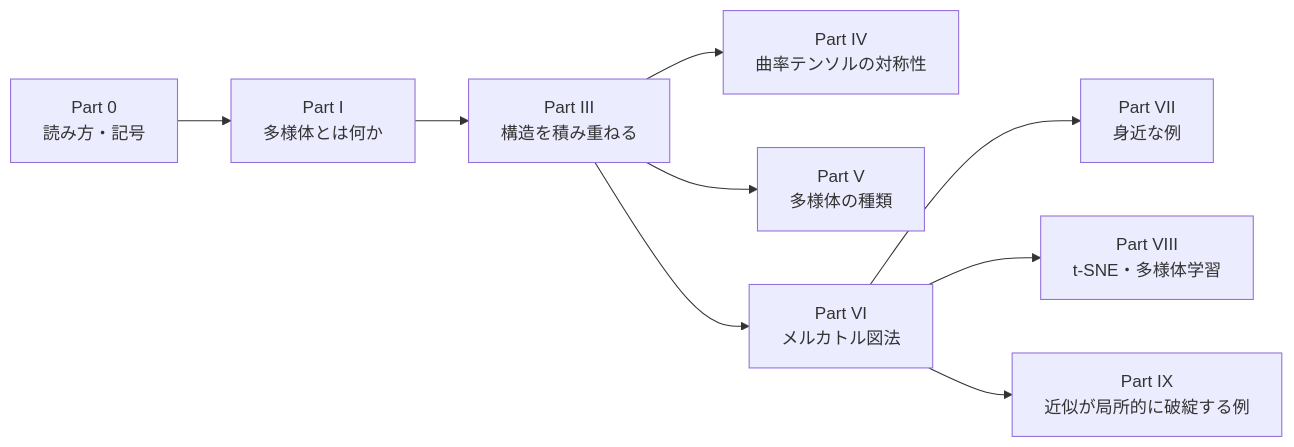
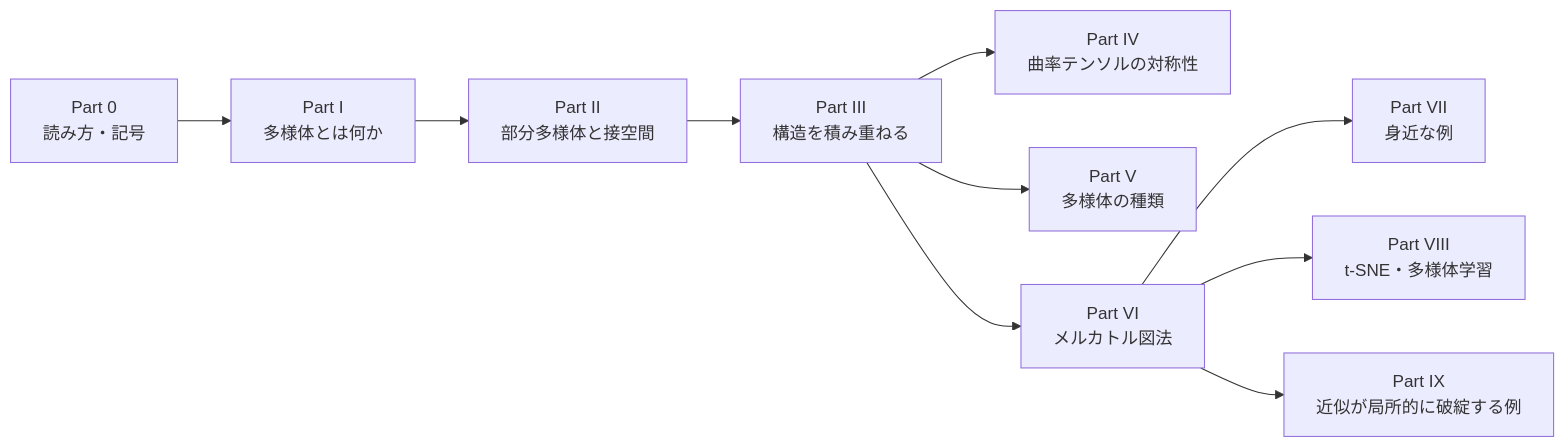
Before and after one commit to kazuma0606/quantum-study: the diagram in 研究ノート/03_多様体・微分形式・トポロジー/manifolds_introduction.md, drawn with Mermaid. The commit also changed other lines of this file and 3 other files, not shown here.

````diff
--- a/研究ノート/03_多様体・微分形式・トポロジー/manifolds_introduction.md
+++ b/研究ノート/03_多様体・微分形式・トポロジー/manifolds_introduction.md
@@ -94,18 +101,19 @@
 ```mermaid
 flowchart LR
     P0["Part 0<br/>読み方・記号"]
     P1["Part I<br/>多様体とは何か"]
+    P2["Part II<br/>部分多様体と接空間"]
     P3["Part III<br/>構造を積み重ねる"]
     P4["Part IV<br/>曲率テンソルの対称性"]
     P5["Part V<br/>多様体の種類"]
     P6["Part VI<br/>メルカトル図法"]
     P7["Part VII<br/>身近な例"]
     P8["Part VIII<br/>t-SNE・多様体学習"]
     P9["Part IX<br/>近似が局所的に破綻する例"]
 
-    P0 --> P1 --> P3 --> P4
+    P0 --> P1 --> P2 --> P3 --> P4
     P3 --> P5
     P3 --> P6 --> P7
     P6 --> P8
     P6 --> P9
 ```
````
